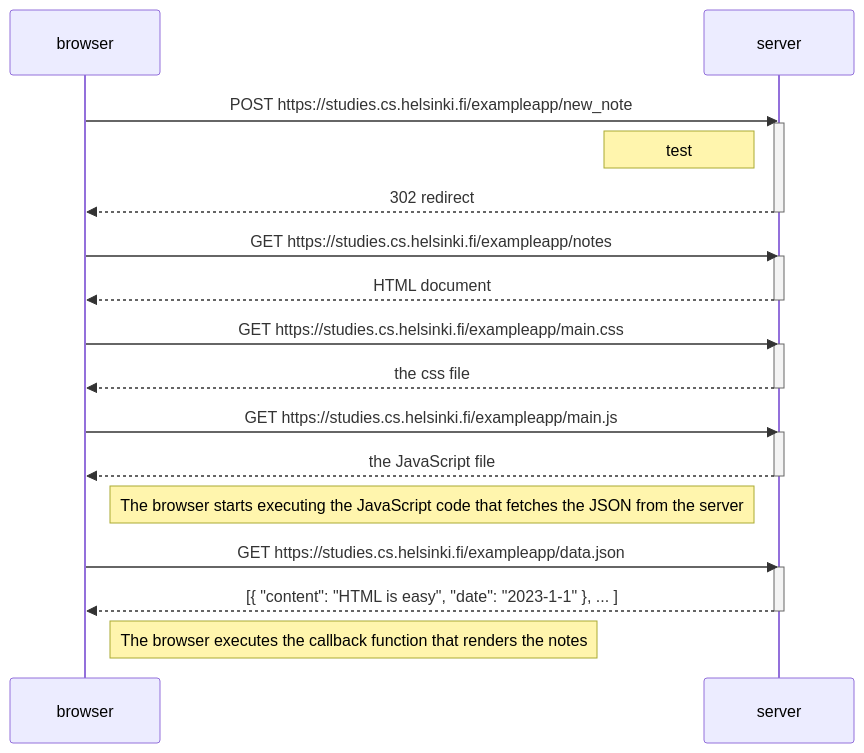
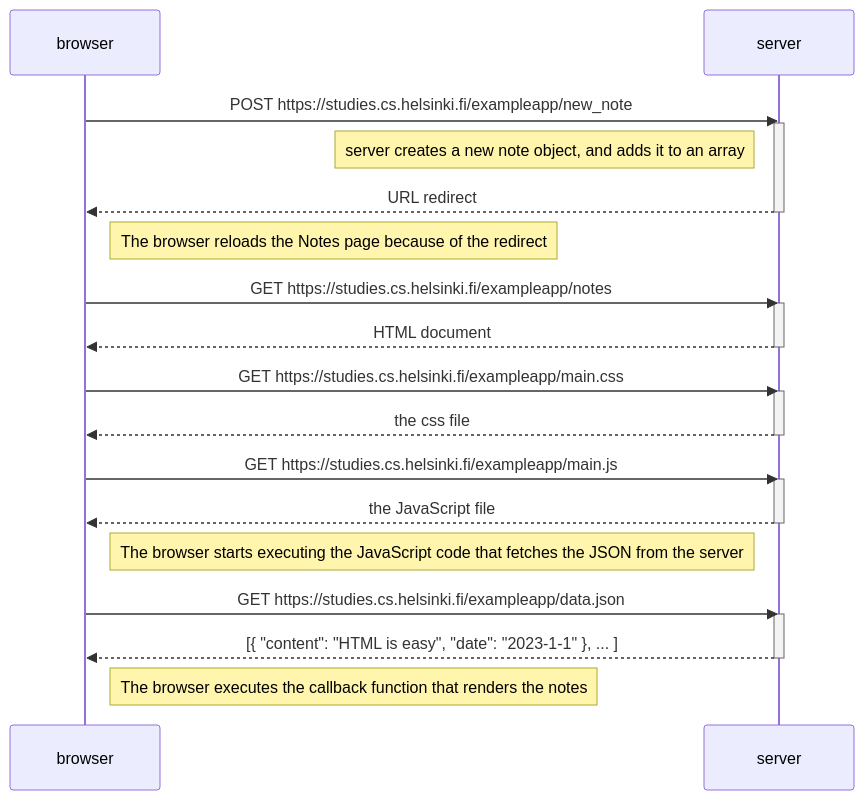
Before and after one commit to Dallair220/part0: the diagram in README.md, drawn with Mermaid.

````diff
--- a/README.md
+++ b/README.md
@@ -6,35 +6,37 @@
 ```mermaid
 sequenceDiagram
     participant browser
     participant server
 
     browser->>server: POST https://studies.cs.helsinki.fi/exampleapp/new_note
     activate server
-    Note left of server: test
-    server-->>browser: 302 redirect
+    Note left of server: server creates a new note object, and adds it to an array
+    server-->>browser: URL redirect
     deactivate server
+
+    Note right of browser: The browser reloads the Notes page because of the redirect
 
     browser->>server: GET https://studies.cs.helsinki.fi/exampleapp/notes
     activate server
     server-->>browser: HTML document
     deactivate server
 
     browser->>server: GET https://studies.cs.helsinki.fi/exampleapp/main.css
     activate server
     server-->>browser: the css file
     deactivate server
 
     browser->>server: GET https://studies.cs.helsinki.fi/exampleapp/main.js
     activate server
     server-->>browser: the JavaScript file
     deactivate server
 
     Note right of browser: The browser starts executing the JavaScript code that fetches the JSON from the server
 
     browser->>server: GET https://studies.cs.helsinki.fi/exampleapp/data.json
     activate server
     server-->>browser: [{ "content": "HTML is easy", "date": "2023-1-1" }, ... ]
     deactivate server
 
     Note right of browser: The browser executes the callback function that renders the notes
 ```
````
